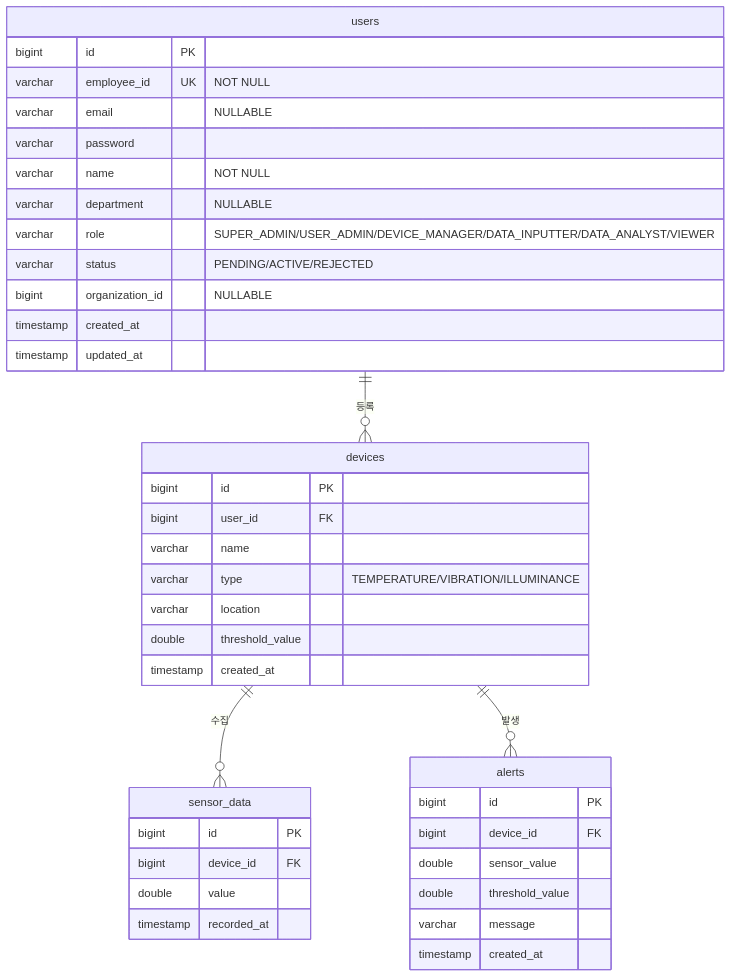
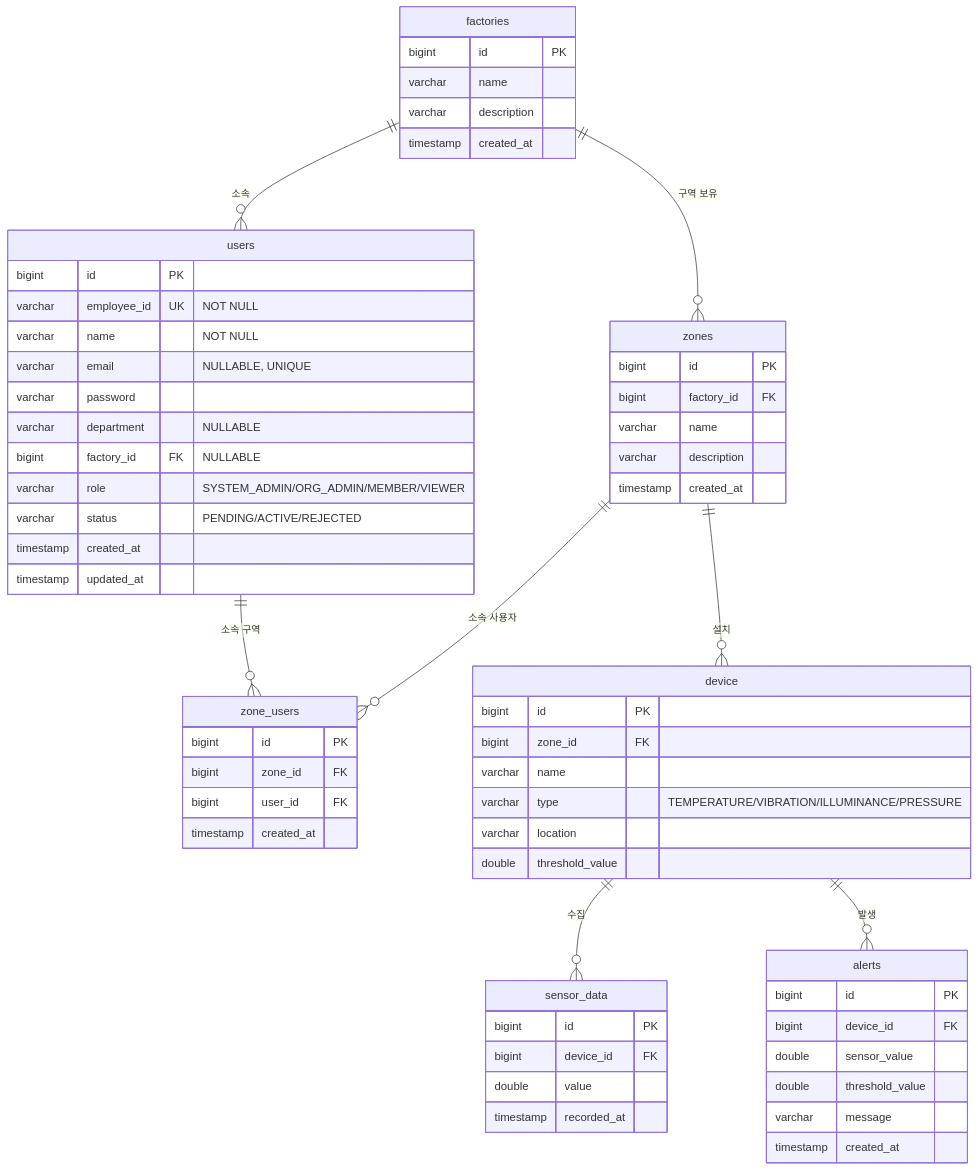
The third of 3 diagrams in README.md (YEONJI-P/iot-sensor-platform), drawn with Mermaid before and after one commit. The commit also changed other lines of this file, not shown here.

First line of the commit message:
docs(readme): 재포지셔닝 및 코드 정합 (Kafka 제거·4역할·Factory/Zone)

````diff
--- a/README.md
+++ b/README.md
@@ -108,46 +112,71 @@
 ```mermaid
 erDiagram
+    factories {
+        bigint id PK
+        varchar name
+        varchar description
+        timestamp created_at
+    }
+
+    zones {
+        bigint id PK
+        bigint factory_id FK
+        varchar name
+        varchar description
+        timestamp created_at
+    }
+
+    zone_users {
+        bigint id PK
+        bigint zone_id FK
+        bigint user_id FK
+        timestamp created_at
+    }
+
     users {
         bigint id PK
         varchar employee_id UK "NOT NULL"
-        varchar email "NULLABLE"
+        varchar name "NOT NULL"
+        varchar email "NULLABLE, UNIQUE"
         varchar password
-        varchar name "NOT NULL"
         varchar department "NULLABLE"
-        varchar role "SUPER_ADMIN/USER_ADMIN/DEVICE_MANAGER/DATA_INPUTTER/DATA_ANALYST/VIEWER"
+        bigint factory_id FK "NULLABLE"
+        varchar role "SYSTEM_ADMIN/ORG_ADMIN/MEMBER/VIEWER"
         varchar status "PENDING/ACTIVE/REJECTED"
-        bigint organization_id "NULLABLE"
         timestamp created_at
         timestamp updated_at
     }
 
-    devices {
+    device {
         bigint id PK
-        bigint user_id FK
+        bigint zone_id FK
         varchar name
-        varchar type "TEMPERATURE/VIBRATION/ILLUMINANCE"
+        varchar type "TEMPERATURE/VIBRATION/ILLUMINANCE/PRESSURE"
         varchar location
         double threshold_value
-        timestamp created_at
     }
 
     sensor_data {
         bigint id PK
         bigint device_id FK
         double value
         timestamp recorded_at
     }
 
     alerts {
         bigint id PK
         bigint device_id FK
         double sensor_value
         double threshold_value
         varchar message
         timestamp created_at
     }
 
-    users ||--o{ devices : "등록"
-    devices ||--o{ sensor_data : "수집"
-    devices ||--o{ alerts : "발생"
+    factories ||--o{ zones : "구역 보유"
+    factories ||--o{ users : "소속"
+    zones ||--o{ zone_users : "소속 사용자"
+    users ||--o{ zone_users : "소속 구역"
+    zones ||--o{ device : "설치"
+    device ||--o{ sensor_data : "수집"
+    device ||--o{ alerts : "발생"
 ```
````
